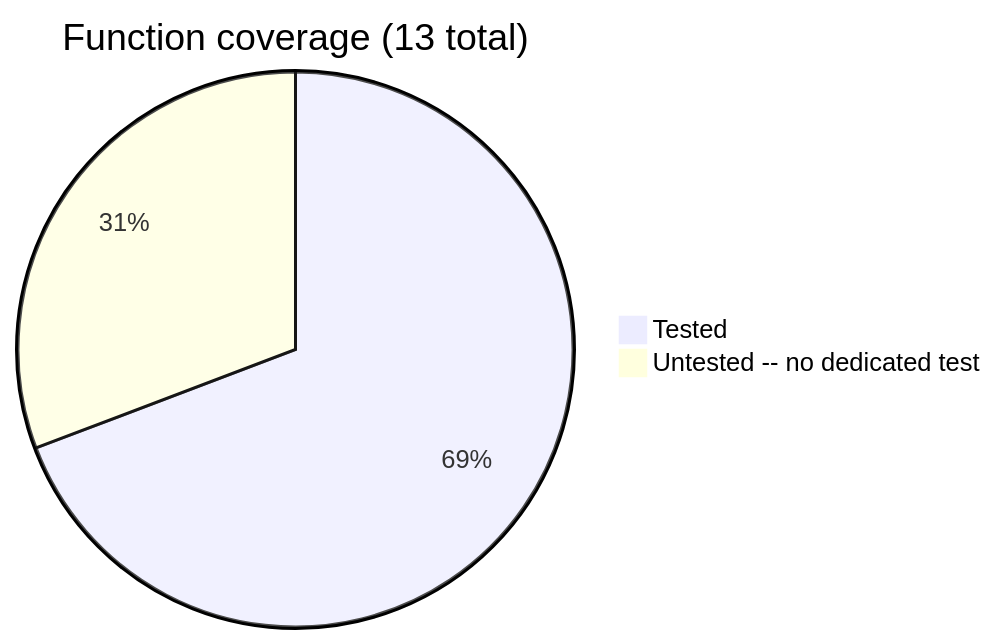
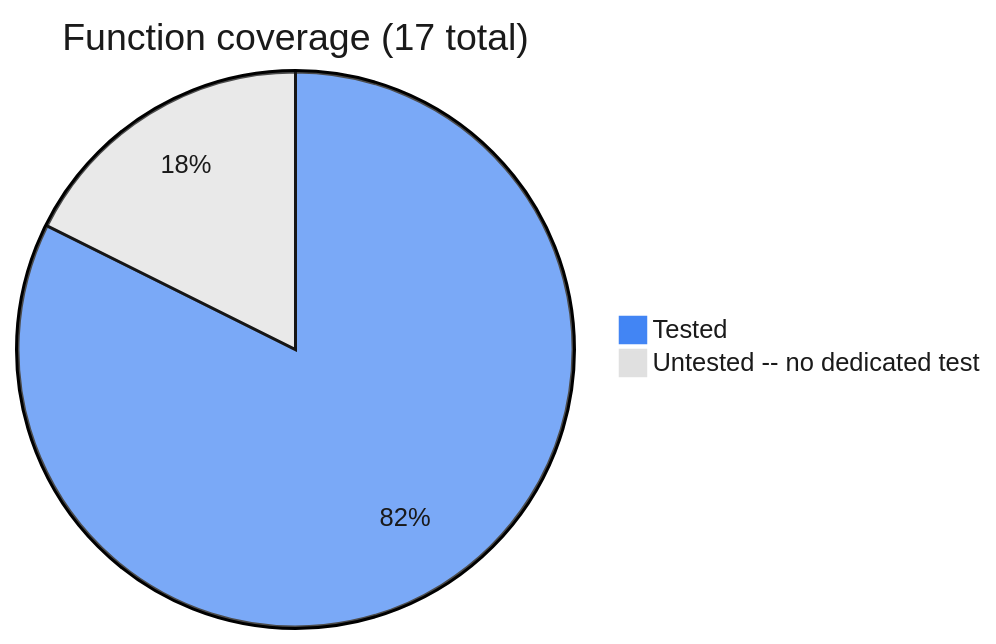
Before and after one commit to erwinlares/containr: the eighth of 8 diagrams in diagrams.qmd, drawn with Mermaid. The commit also changed other lines of this file, not shown here.

Commit message:
updated: diagrams.qmd to better understand the package codebase

````diff
--- a/diagrams.qmd
+++ b/diagrams.qmd
@@ -522,5 +695,6 @@
 ```{mermaid}
-pie title Function coverage (13 total)
-    "Tested" : 9
-    "Untested -- no dedicated test" : 4
+%%{init: {'theme': 'base', 'themeVariables': {'background': '#ffffff', 'primaryTextColor': '#1a1a1a', 'pieOuterStrokeWidth': '2px', 'pie1': '#4285f4', 'pie2': '#e0e0e0'}}}%%
+pie title Function coverage (17 total)
+    "Tested" : 14
+    "Untested -- no dedicated test" : 3
 ```
````
